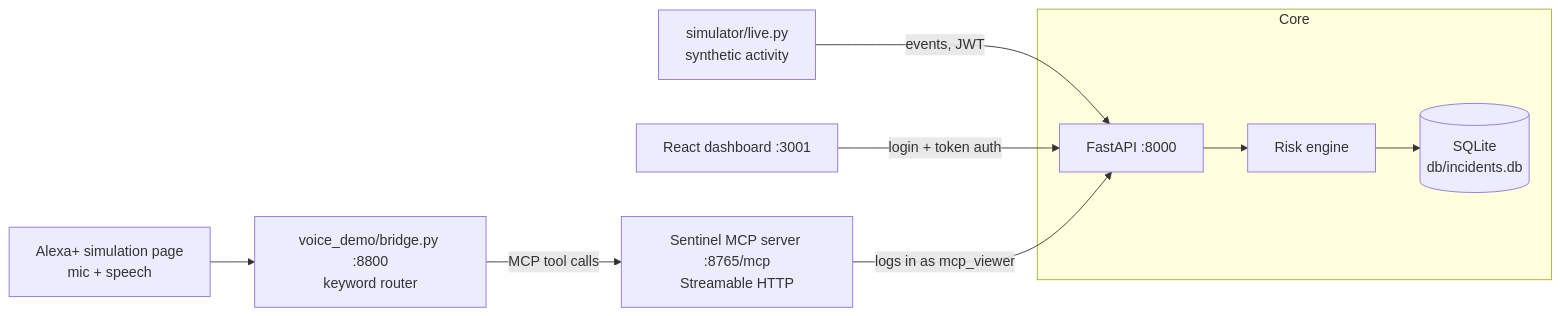
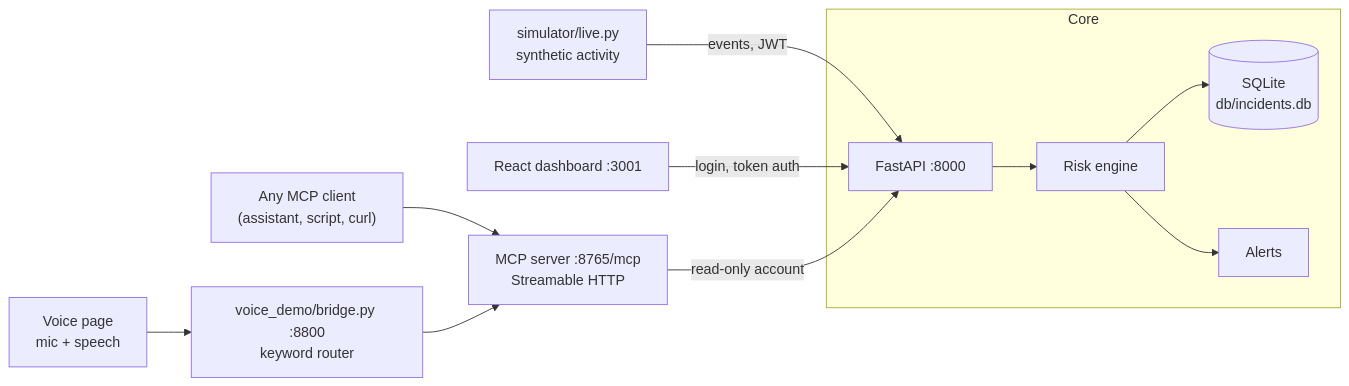
Before and after one commit to keletso-m/Security-monitoring-and-Fraud-Detection-System: the diagram in README.md, drawn with Mermaid. The commit also changed other lines of this file, not shown here.

````diff
--- a/README.md
+++ b/README.md
@@ -16,12 +48,14 @@
 ```mermaid
 flowchart LR
-    SIM[simulator/live.py<br/>synthetic activity] -->|events, JWT| API
+    SIM["simulator/live.py<br/>synthetic activity"] -->|events, JWT| API
     subgraph Core
-        API[FastAPI :8000] --> ENG[Risk engine]
-        ENG --> DB[(SQLite<br/>db/incidents.db)]
+        API["FastAPI :8000"] --> ENG["Risk engine"]
+        ENG --> DB[("SQLite<br/>db/incidents.db")]
+        ENG --> ALR["Alerts"]
     end
-    DASH[React dashboard :3001] -->|login + token auth| API
-    MCP[Sentinel MCP server :8765/mcp<br/>Streamable HTTP] -->|logs in as mcp_viewer| API
-    BR[voice_demo/bridge.py :8800<br/>keyword router] -->|MCP tool calls| MCP
-    PAGE[Alexa+ simulation page<br/>mic + speech] --> BR
+    DASH["React dashboard :3001"] -->|login, token auth| API
+    MCP["MCP server :8765/mcp<br/>Streamable HTTP"] -->|read-only account| API
+    ASSIST["Any MCP client<br/>(assistant, script, curl)"] --> MCP
+    BR["voice_demo/bridge.py :8800<br/>keyword router"] --> MCP
+    PAGE["Voice page<br/>mic + speech"] --> BR
 ```
````
